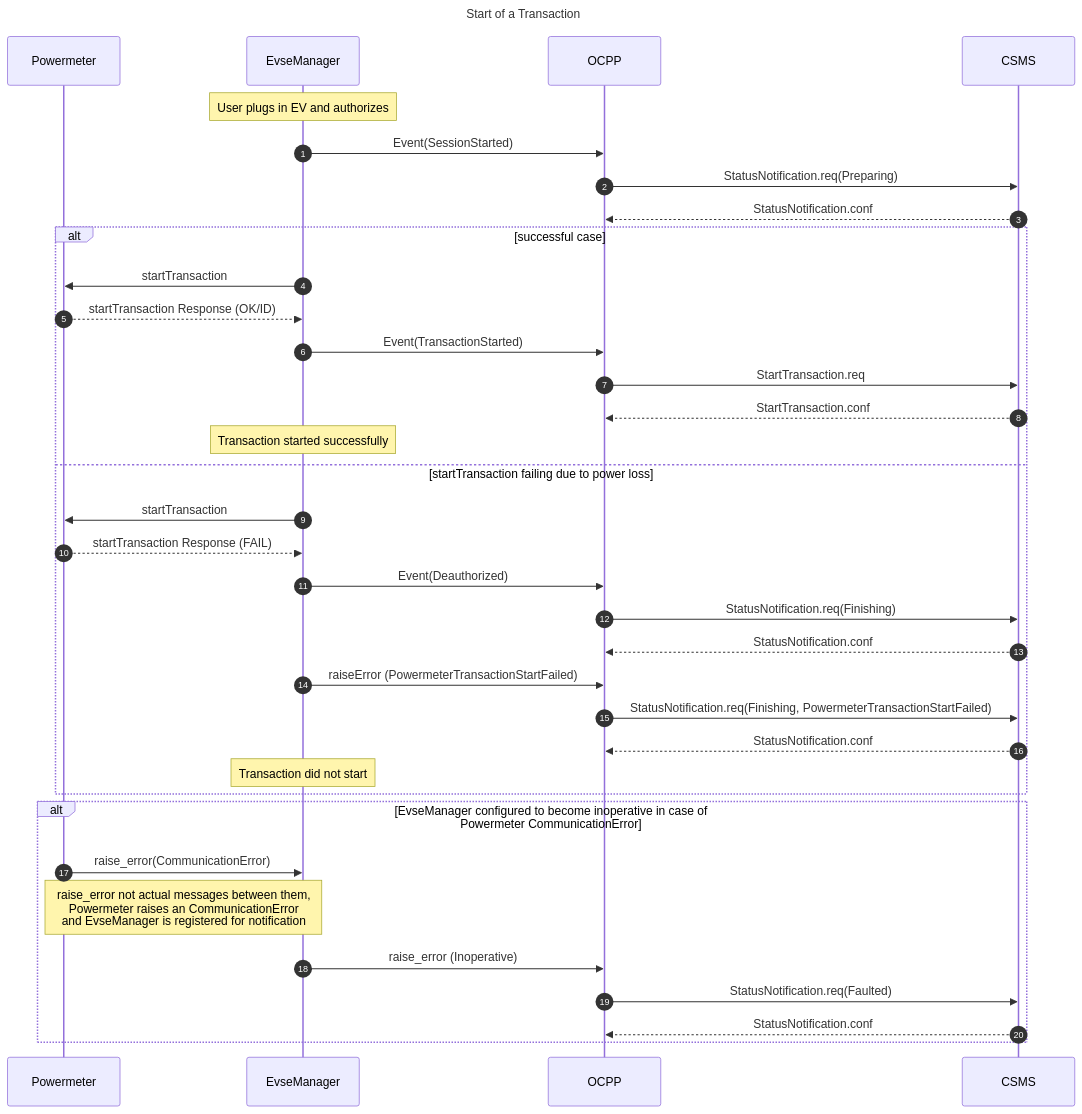
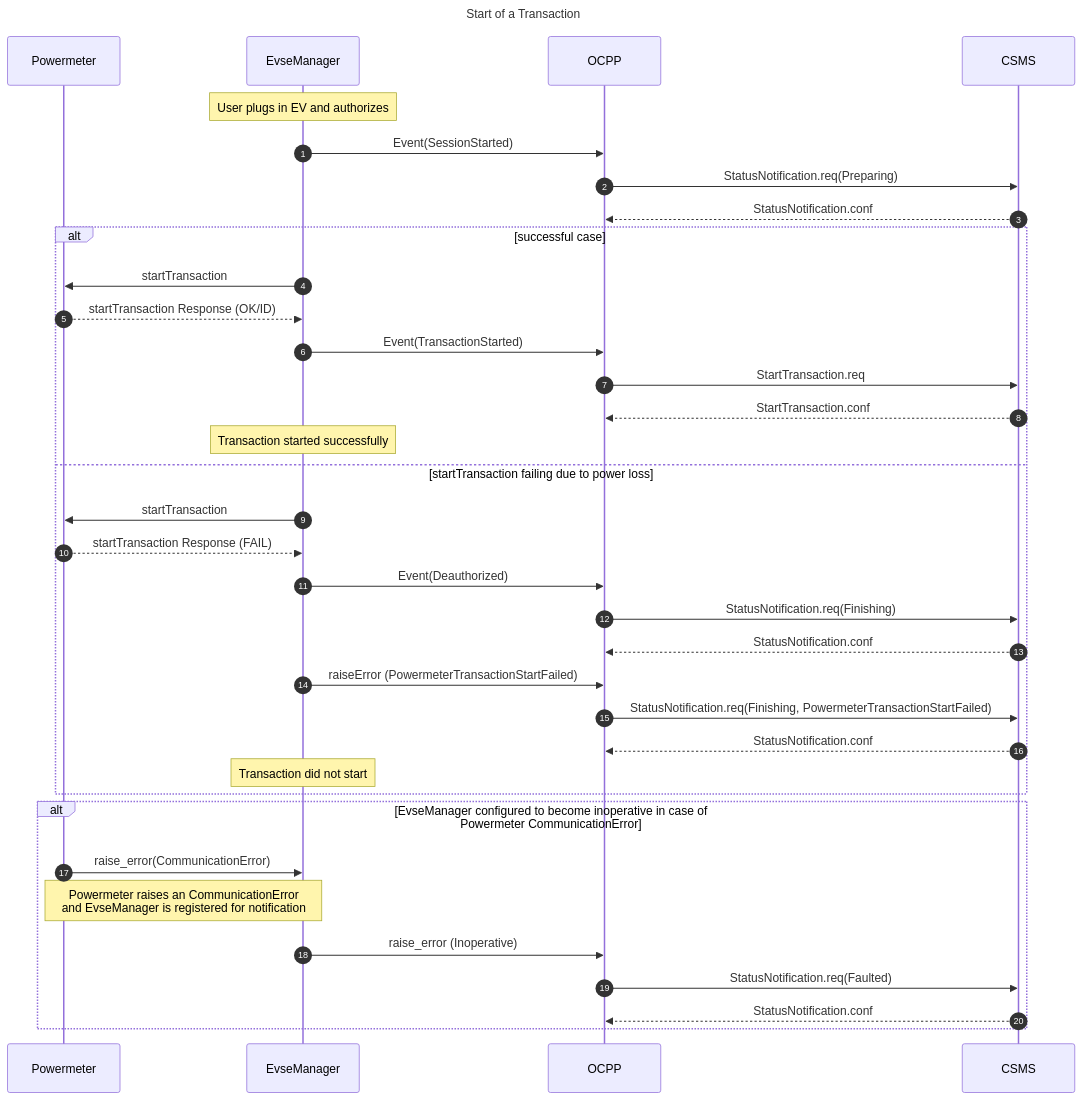
The diagram in doc/ocmf/powermeter_start_transaction.md (EVerest/everest-core), drawn with Mermaid before and after one commit. The commit also changed 1 other file, not shown here.

Commit message:
Update the comments

````diff
--- a/doc/ocmf/powermeter_start_transaction.md
+++ b/doc/ocmf/powermeter_start_transaction.md
@@ -1,52 +1,52 @@
 ```mermaid
 sequenceDiagram
 autonumber
 participant Powermeter
 participant EvseManager
 participant OCPP
 participant CSMS
 
 title Start of a Transaction
 
 Note over EvseManager: User plugs in EV and authorizes
 
 EvseManager->>OCPP: Event(SessionStarted)
 
 OCPP->>CSMS: StatusNotification.req(Preparing)
 CSMS-->>OCPP: StatusNotification.conf
 
 alt successful case
     EvseManager->>Powermeter: startTransaction
     Powermeter-->>EvseManager: startTransaction Response (OK/ID)
 
     EvseManager->>OCPP: Event(TransactionStarted)
     OCPP->>CSMS: StartTransaction.req
     CSMS-->>OCPP: StartTransaction.conf
 
     Note over EvseManager: Transaction started successfully
 
 else startTransaction failing due to power loss
     EvseManager->>Powermeter: startTransaction
     Powermeter-->>EvseManager: startTransaction Response (FAIL)
 
     EvseManager->>OCPP: Event(Deauthorized)
 
     OCPP->>CSMS: StatusNotification.req(Finishing)
     CSMS-->>OCPP: StatusNotification.conf
 
     EvseManager->>OCPP: raiseError (PowermeterTransactionStartFailed)
     OCPP->>CSMS: StatusNotification.req(Finishing, PowermeterTransactionStartFailed)
     CSMS-->>OCPP: StatusNotification.conf
 
     Note over EvseManager: Transaction did not start
 end
 
 alt EvseManager configured to become inoperative in case of Powermeter CommunicationError
     Powermeter->>EvseManager: raise_error(CommunicationError)
-    Note over Powermeter,EvseManager: raise_error not actual messages between them, <br/>Powermeter raises an CommunicationError <br/>and EvseManager is registered for notification
+    Note over Powermeter,EvseManager: Powermeter raises an CommunicationError <br/>and EvseManager is registered for notification
     EvseManager->>OCPP: raise_error (Inoperative)
     OCPP->>CSMS: StatusNotification.req(Faulted)
     CSMS-->>OCPP: StatusNotification.conf
 end
 
 ```
````
